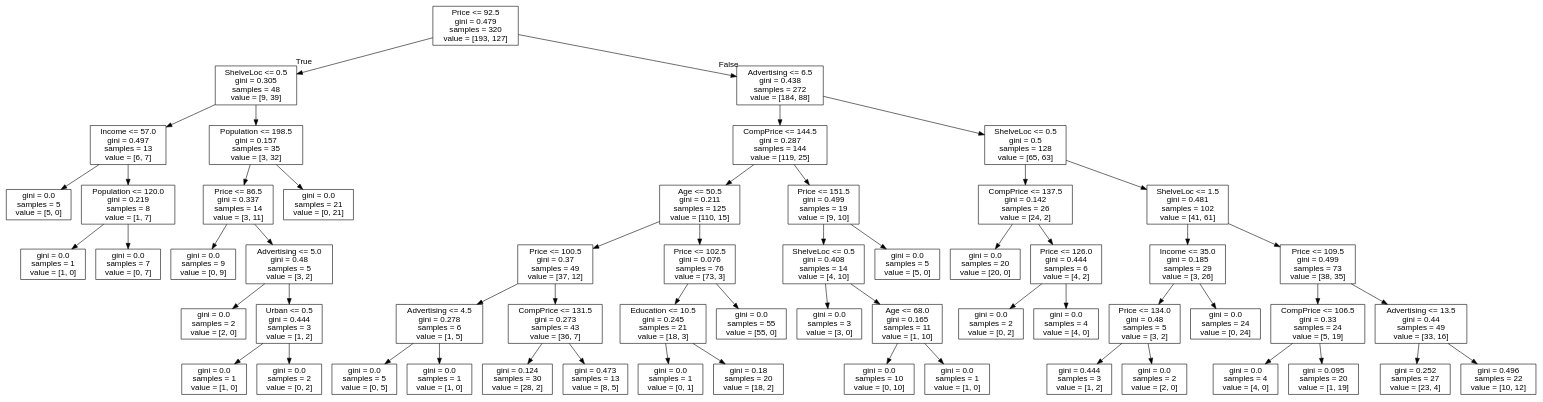
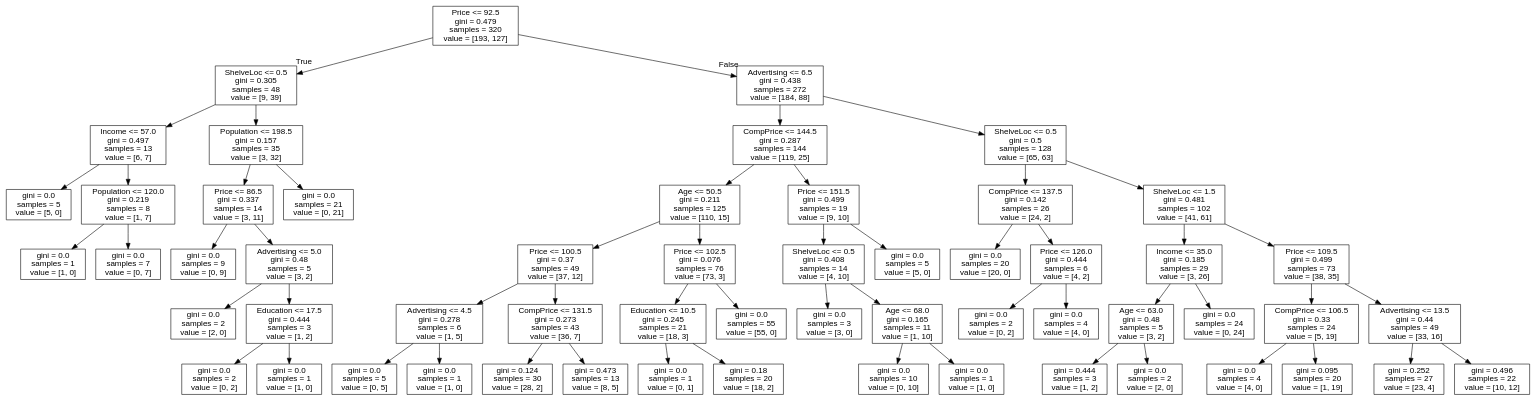
Before and after one commit to RanArino/Course_Projects: the diagram in BDM500_PredictiveAnalysis/carseat_tree.dot, drawn with Graphviz. The commit also changed 1 other file, not shown here.

```diff
--- a/BDM500_PredictiveAnalysis/carseat_tree.dot
+++ b/BDM500_PredictiveAnalysis/carseat_tree.dot
@@ -1,117 +1,117 @@
 digraph Tree {
 node [shape=box, fontname="helvetica"] ;
 edge [fontname="helvetica"] ;
 0 [label="Price <= 92.5\ngini = 0.479\nsamples = 320\nvalue = [193, 127]"] ;
 1 [label="ShelveLoc <= 0.5\ngini = 0.305\nsamples = 48\nvalue = [9, 39]"] ;
 0 -> 1 [labeldistance=2.5, labelangle=45, headlabel="True"] ;
 2 [label="Income <= 57.0\ngini = 0.497\nsamples = 13\nvalue = [6, 7]"] ;
 1 -> 2 ;
 3 [label="gini = 0.0\nsamples = 5\nvalue = [5, 0]"] ;
 2 -> 3 ;
 4 [label="Population <= 120.0\ngini = 0.219\nsamples = 8\nvalue = [1, 7]"] ;
 2 -> 4 ;
 5 [label="gini = 0.0\nsamples = 1\nvalue = [1, 0]"] ;
 4 -> 5 ;
 6 [label="gini = 0.0\nsamples = 7\nvalue = [0, 7]"] ;
 4 -> 6 ;
 7 [label="Population <= 198.5\ngini = 0.157\nsamples = 35\nvalue = [3, 32]"] ;
 1 -> 7 ;
 8 [label="Price <= 86.5\ngini = 0.337\nsamples = 14\nvalue = [3, 11]"] ;
 7 -> 8 ;
 9 [label="gini = 0.0\nsamples = 9\nvalue = [0, 9]"] ;
 8 -> 9 ;
 10 [label="Advertising <= 5.0\ngini = 0.48\nsamples = 5\nvalue = [3, 2]"] ;
 8 -> 10 ;
 11 [label="gini = 0.0\nsamples = 2\nvalue = [2, 0]"] ;
 10 -> 11 ;
-12 [label="Urban <= 0.5\ngini = 0.444\nsamples = 3\nvalue = [1, 2]"] ;
+12 [label="Education <= 17.5\ngini = 0.444\nsamples = 3\nvalue = [1, 2]"] ;
 10 -> 12 ;
-13 [label="gini = 0.0\nsamples = 1\nvalue = [1, 0]"] ;
+13 [label="gini = 0.0\nsamples = 2\nvalue = [0, 2]"] ;
 12 -> 13 ;
-14 [label="gini = 0.0\nsamples = 2\nvalue = [0, 2]"] ;
+14 [label="gini = 0.0\nsamples = 1\nvalue = [1, 0]"] ;
 12 -> 14 ;
 15 [label="gini = 0.0\nsamples = 21\nvalue = [0, 21]"] ;
 7 -> 15 ;
 16 [label="Advertising <= 6.5\ngini = 0.438\nsamples = 272\nvalue = [184, 88]"] ;
 0 -> 16 [labeldistance=2.5, labelangle=-45, headlabel="False"] ;
 17 [label="CompPrice <= 144.5\ngini = 0.287\nsamples = 144\nvalue = [119, 25]"] ;
 16 -> 17 ;
 18 [label="Age <= 50.5\ngini = 0.211\nsamples = 125\nvalue = [110, 15]"] ;
 17 -> 18 ;
 19 [label="Price <= 100.5\ngini = 0.37\nsamples = 49\nvalue = [37, 12]"] ;
 18 -> 19 ;
 20 [label="Advertising <= 4.5\ngini = 0.278\nsamples = 6\nvalue = [1, 5]"] ;
 19 -> 20 ;
 21 [label="gini = 0.0\nsamples = 5\nvalue = [0, 5]"] ;
 20 -> 21 ;
 22 [label="gini = 0.0\nsamples = 1\nvalue = [1, 0]"] ;
 20 -> 22 ;
 23 [label="CompPrice <= 131.5\ngini = 0.273\nsamples = 43\nvalue = [36, 7]"] ;
 19 -> 23 ;
 24 [label="gini = 0.124\nsamples = 30\nvalue = [28, 2]"] ;
 23 -> 24 ;
 25 [label="gini = 0.473\nsamples = 13\nvalue = [8, 5]"] ;
 23 -> 25 ;
 26 [label="Price <= 102.5\ngini = 0.076\nsamples = 76\nvalue = [73, 3]"] ;
 18 -> 26 ;
 27 [label="Education <= 10.5\ngini = 0.245\nsamples = 21\nvalue = [18, 3]"] ;
 26 -> 27 ;
 28 [label="gini = 0.0\nsamples = 1\nvalue = [0, 1]"] ;
 27 -> 28 ;
 29 [label="gini = 0.18\nsamples = 20\nvalue = [18, 2]"] ;
 27 -> 29 ;
 30 [label="gini = 0.0\nsamples = 55\nvalue = [55, 0]"] ;
 26 -> 30 ;
 31 [label="Price <= 151.5\ngini = 0.499\nsamples = 19\nvalue = [9, 10]"] ;
 17 -> 31 ;
 32 [label="ShelveLoc <= 0.5\ngini = 0.408\nsamples = 14\nvalue = [4, 10]"] ;
 31 -> 32 ;
 33 [label="gini = 0.0\nsamples = 3\nvalue = [3, 0]"] ;
 32 -> 33 ;
 34 [label="Age <= 68.0\ngini = 0.165\nsamples = 11\nvalue = [1, 10]"] ;
 32 -> 34 ;
 35 [label="gini = 0.0\nsamples = 10\nvalue = [0, 10]"] ;
 34 -> 35 ;
 36 [label="gini = 0.0\nsamples = 1\nvalue = [1, 0]"] ;
 34 -> 36 ;
 37 [label="gini = 0.0\nsamples = 5\nvalue = [5, 0]"] ;
 31 -> 37 ;
 38 [label="ShelveLoc <= 0.5\ngini = 0.5\nsamples = 128\nvalue = [65, 63]"] ;
 16 -> 38 ;
 39 [label="CompPrice <= 137.5\ngini = 0.142\nsamples = 26\nvalue = [24, 2]"] ;
 38 -> 39 ;
 40 [label="gini = 0.0\nsamples = 20\nvalue = [20, 0]"] ;
 39 -> 40 ;
 41 [label="Price <= 126.0\ngini = 0.444\nsamples = 6\nvalue = [4, 2]"] ;
 39 -> 41 ;
 42 [label="gini = 0.0\nsamples = 2\nvalue = [0, 2]"] ;
 41 -> 42 ;
 43 [label="gini = 0.0\nsamples = 4\nvalue = [4, 0]"] ;
 41 -> 43 ;
 44 [label="ShelveLoc <= 1.5\ngini = 0.481\nsamples = 102\nvalue = [41, 61]"] ;
 38 -> 44 ;
 45 [label="Income <= 35.0\ngini = 0.185\nsamples = 29\nvalue = [3, 26]"] ;
 44 -> 45 ;
-46 [label="Price <= 134.0\ngini = 0.48\nsamples = 5\nvalue = [3, 2]"] ;
+46 [label="Age <= 63.0\ngini = 0.48\nsamples = 5\nvalue = [3, 2]"] ;
 45 -> 46 ;
 47 [label="gini = 0.444\nsamples = 3\nvalue = [1, 2]"] ;
 46 -> 47 ;
 48 [label="gini = 0.0\nsamples = 2\nvalue = [2, 0]"] ;
 46 -> 48 ;
 49 [label="gini = 0.0\nsamples = 24\nvalue = [0, 24]"] ;
 45 -> 49 ;
 50 [label="Price <= 109.5\ngini = 0.499\nsamples = 73\nvalue = [38, 35]"] ;
 44 -> 50 ;
 51 [label="CompPrice <= 106.5\ngini = 0.33\nsamples = 24\nvalue = [5, 19]"] ;
 50 -> 51 ;
 52 [label="gini = 0.0\nsamples = 4\nvalue = [4, 0]"] ;
 51 -> 52 ;
 53 [label="gini = 0.095\nsamples = 20\nvalue = [1, 19]"] ;
 51 -> 53 ;
 54 [label="Advertising <= 13.5\ngini = 0.44\nsamples = 49\nvalue = [33, 16]"] ;
 50 -> 54 ;
 55 [label="gini = 0.252\nsamples = 27\nvalue = [23, 4]"] ;
 54 -> 55 ;
 56 [label="gini = 0.496\nsamples = 22\nvalue = [10, 12]"] ;
 54 -> 56 ;
 }
```
